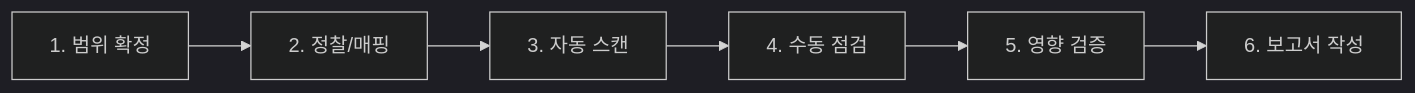
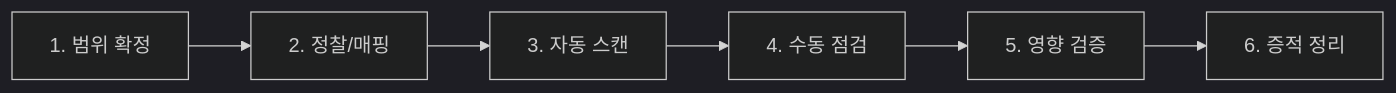
The diagram in docs/assessment/web/index.md (naaamgi/my-docusaurus-page), drawn with Mermaid (dark theme) before and after one commit. The commit also changed other lines of this file and 106 other files, not shown here.

````diff
--- a/docs/assessment/web/index.md
+++ b/docs/assessment/web/index.md
@@ -20,8 +19,8 @@
 ```mermaid
 flowchart LR
     A[1. 범위 확정] --> B[2. 정찰/매핑]
     B --> C[3. 자동 스캔]
     C --> D[4. 수동 점검]
     D --> E[5. 영향 검증]
-    E --> F[6. 보고서 작성]
+    E --> F[6. 증적 정리]
 ```
````
